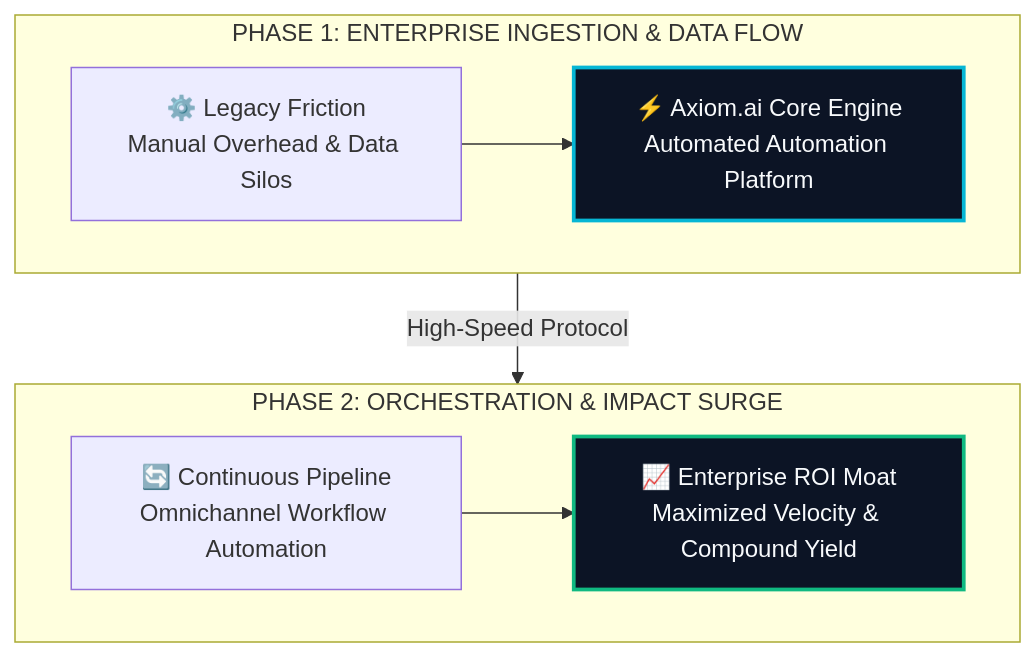
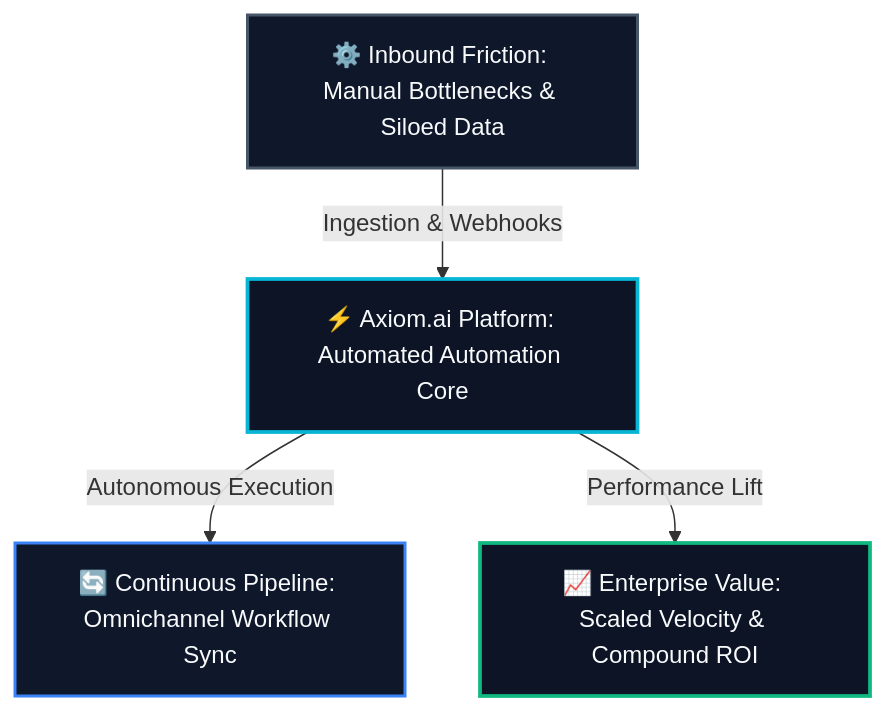
Before and after one commit to heliatech-media/saas-radar: the diagram in site/src/content/blog/axiom-ai-evolution-guide-2026.md, drawn with Mermaid. The commit also changed 93 other files, not shown here.

First line of the commit message:
fix(diagrams): resolve dagre-d3 subgraph collision by migrating to balanced 3-tier Hub & Spoke architecture

````diff
--- a/site/src/content/blog/axiom-ai-evolution-guide-2026.md
+++ b/site/src/content/blog/axiom-ai-evolution-guide-2026.md
@@ -55,14 +55,14 @@
 ```mermaid
 flowchart TD
-    subgraph S1["PHASE 1: ENTERPRISE INGESTION & DATA FLOW"]
-        direction LR
-        A["⚙️ Legacy Friction<br/>Manual Overhead & Data Silos"] --> B["⚡ Axiom.ai Core Engine<br/>Automated Automation Platform"]
-    end
-    subgraph S2["PHASE 2: ORCHESTRATION & IMPACT SURGE"]
-        direction LR
-        C["🔄 Continuous Pipeline<br/>Omnichannel Workflow Automation"] --> D["📈 Enterprise ROI Moat<br/>Maximized Velocity & Compound Yield"]
-    end
-    S1 -->|High-Speed Protocol| S2
-    style B fill:#0c1425,stroke:#06b6d4,stroke-width:2.5px,color:#f8fafc
-    style D fill:#0c1425,stroke:#10b981,stroke-width:2.5px,color:#f8fafc
+    Inp["⚙️ Inbound Friction: Manual Bottlenecks & Siloed Data"]
+    Eng["⚡ Axiom.ai Platform: Automated Automation Core"]
+    Out1["🔄 Continuous Pipeline: Omnichannel Workflow Sync"]
+    Out2["📈 Enterprise Value: Scaled Velocity & Compound ROI"]
+    Inp -->|Ingestion & Webhooks| Eng
+    Eng -->|Autonomous Execution| Out1
+    Eng -->|Performance Lift| Out2
+    style Inp fill:#0f172a,stroke:#475569,stroke-width:2px,color:#f8fafc
+    style Eng fill:#0c1425,stroke:#06b6d4,stroke-width:2.5px,color:#f8fafc
+    style Out1 fill:#0f172a,stroke:#3b82f6,stroke-width:2px,color:#f8fafc
+    style Out2 fill:#0c1425,stroke:#10b981,stroke-width:2.5px,color:#f8fafc
 ```
````
